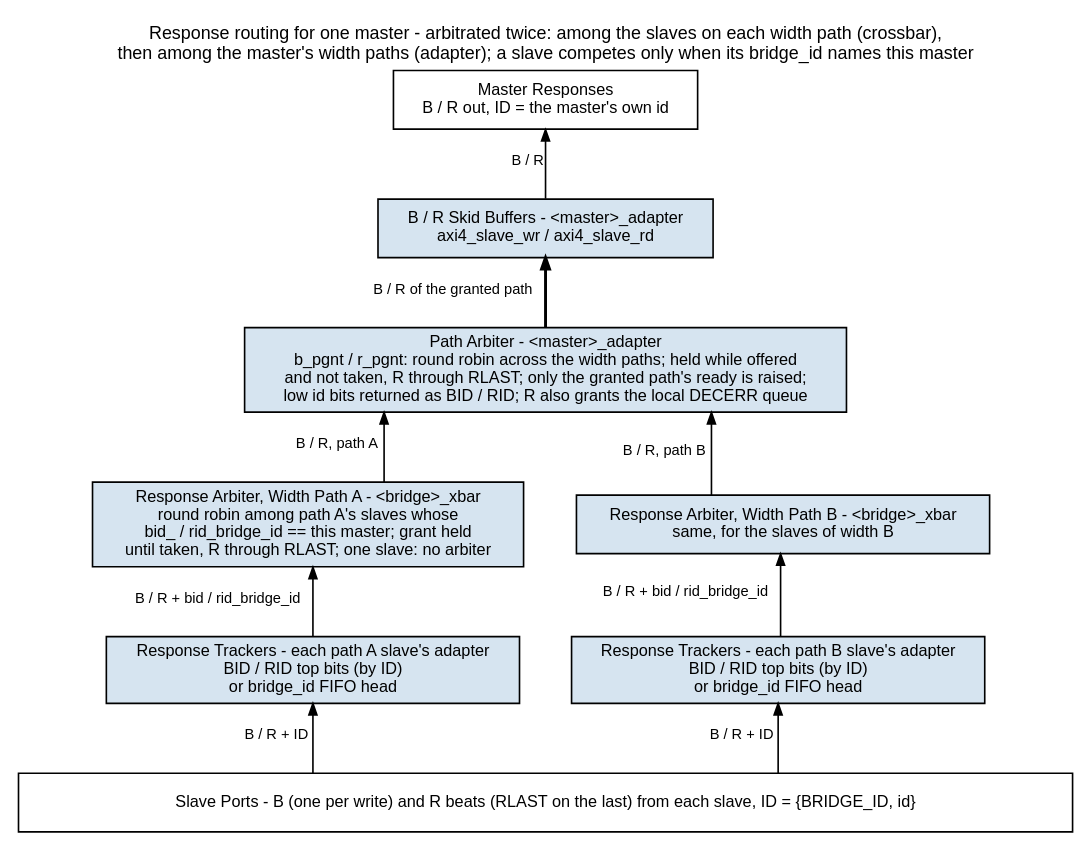
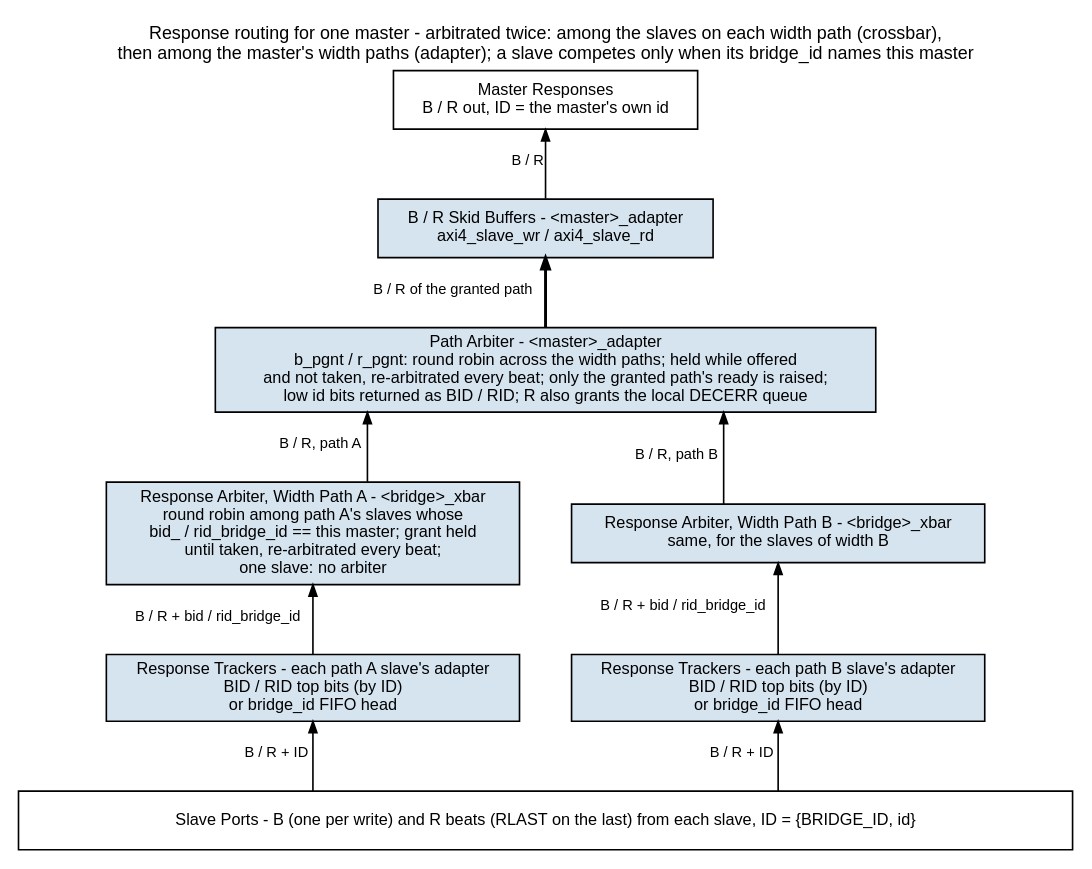
Before and after one commit to sean-galloway/RTLDesignSherpa: the diagram in projects/components/fabric-gen-ip/bridge/docs/bridge_mas/assets/graphviz/response_routing.dot, drawn with Graphviz. The commit also changed 213 other files, not shown here.

First line of the commit message:
feat(bridge): R interleaving across IDs (PRD FR-9)

```diff
--- a/projects/components/fabric-gen-ip/bridge/docs/bridge_mas/assets/graphviz/response_routing.dot
+++ b/projects/components/fabric-gen-ip/bridge/docs/bridge_mas/assets/graphviz/response_routing.dot
@@ -1,34 +1,34 @@
 // Response routing: B and R from every slave back to the master that asked.
 // Labels from rtl/generated/bridge_2x2_rw/{ddr_adapter,bridge_2x2_rw_xbar,cpu_adapter}.sv
 // and bridge_1x3_wr/cpu_wr_adapter.sv (b_pgnt / b_slave_select path arbiter).
 // House style: vault/handbook/authoring/block-diagrams.md
 digraph response_routing {
     graph [rankdir=TB, bgcolor="white", fontname="Helvetica", fontsize=11,
            nodesep="0.45", ranksep="0.60", splines=ortho, labelloc=t,
            label="Response routing for one master - arbitrated twice: among the slaves on each width path (crossbar),\nthen among the master's width paths (adapter); a slave competes only when its bridge_id names this master"];
     node  [fontname="Helvetica", fontsize=10, shape=box, style=filled,
            fillcolor="#D6E4F0", color="black", margin="0.12,0.06"];
     edge  [fontname="Helvetica", fontsize=9, color="black", arrowsize=0.7];
 
     port [label="Master Responses\nB / R out, ID = the master's own id", fillcolor="white"];
     skid [label="B / R Skid Buffers - <master>_adapter\naxi4_slave_wr / axi4_slave_rd"];
-    msel [label="Path Arbiter - <master>_adapter\nb_pgnt / r_pgnt: round robin across the width paths; held while offered\nand not taken, R through RLAST; only the granted path's ready is raised;\nlow id bits returned as BID / RID; R also grants the local DECERR queue"];
-    p0 [label="Response Arbiter, Width Path A - <bridge>_xbar\nround robin among path A's slaves whose\nbid_ / rid_bridge_id == this master; grant held\nuntil taken, R through RLAST; one slave: no arbiter"];
+    msel [label="Path Arbiter - <master>_adapter\nb_pgnt / r_pgnt: round robin across the width paths; held while offered\nand not taken, re-arbitrated every beat; only the granted path's ready is raised;\nlow id bits returned as BID / RID; R also grants the local DECERR queue"];
+    p0 [label="Response Arbiter, Width Path A - <bridge>_xbar\nround robin among path A's slaves whose\nbid_ / rid_bridge_id == this master; grant held\nuntil taken, re-arbitrated every beat;\none slave: no arbiter"];
     pn [label="Response Arbiter, Width Path B - <bridge>_xbar\nsame, for the slaves of width B"];
     { rank=same; p0; pn; }
     p0 -> pn [style=invis];
     t0 [label="Response Trackers - each path A slave's adapter\nBID / RID top bits (by ID)\nor bridge_id FIFO head"];
     tn [label="Response Trackers - each path B slave's adapter\nBID / RID top bits (by ID)\nor bridge_id FIFO head"];
     { rank=same; t0; tn; }
     t0 -> tn [style=invis];
     bar [label="Slave Ports - B (one per write) and R beats (RLAST on the last) from each slave, ID = {BRIDGE_ID, id}", fillcolor="white", width=9];
 
     port -> skid [dir=back, xlabel="B / R"];
     skid -> msel [dir=back, xlabel="B / R of the granted path", penwidth=1.8];
     msel -> p0 [dir=back, xlabel="B / R, path A"];
     msel -> pn [dir=back, xlabel="B / R, path B"];
     p0 -> t0 [dir=back, xlabel="B / R + bid / rid_bridge_id"];
     pn -> tn [dir=back, xlabel="B / R + bid / rid_bridge_id"];
     t0 -> bar [dir=back, xlabel="B / R + ID"];
     tn -> bar [dir=back, xlabel="B / R + ID"];
 }
```
